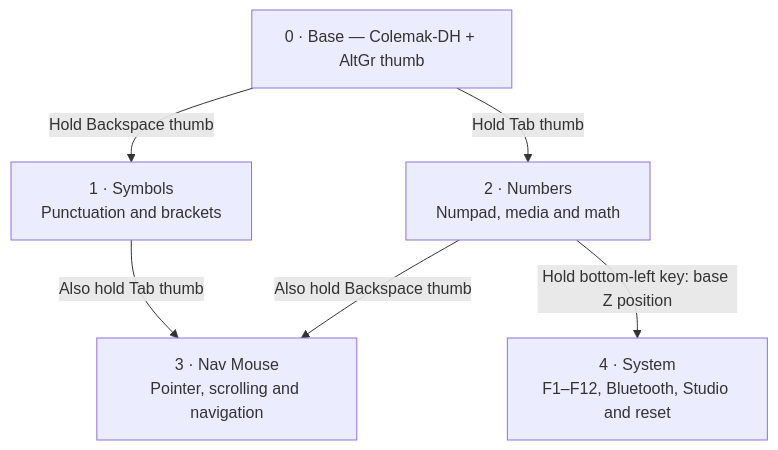
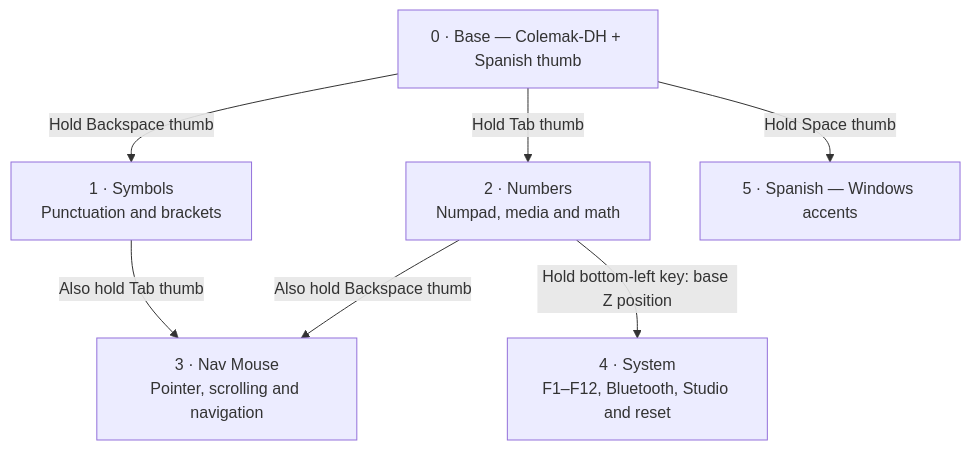
One commit to monkho/sweep-zmk changed the diagram in docs/keymap-layers.md. Above: the diagram before and after it, drawn with Mermaid. The commit also changed other lines of this file and 7 other files, not shown here.

Commit message:
Add Windows Spanish input, output selection, and larger status text

````diff
--- a/docs/keymap-layers.md
+++ b/docs/keymap-layers.md
@@ -8,13 +8,14 @@
 ```mermaid
 flowchart TD
-    B["0 · Base — Colemak-DH + AltGr thumb"]
+    B["0 · Base — Colemak-DH + Spanish thumb"]
     S["1 · Symbols<br/>Punctuation and brackets"]
     N["2 · Numbers<br/>Numpad, media and math"]
     V["3 · Nav Mouse<br/>Pointer, scrolling and navigation"]
     Y["4 · System<br/>F1–F12, Bluetooth, Studio and reset"]
     B -->|"Hold Backspace thumb"| S
     B -->|"Hold Tab thumb"| N
     S -->|"Also hold Tab thumb"| V
     N -->|"Also hold Backspace thumb"| V
     N -->|"Hold bottom-left key: base Z position"| Y
+    B -->|"Hold Space thumb"| ES["5 · Spanish — Windows accents"]
 ```
````
